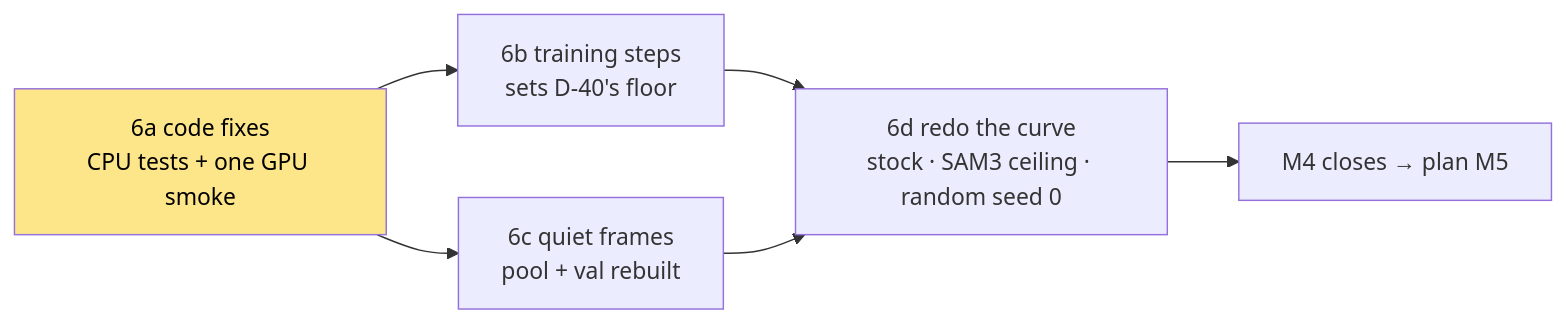
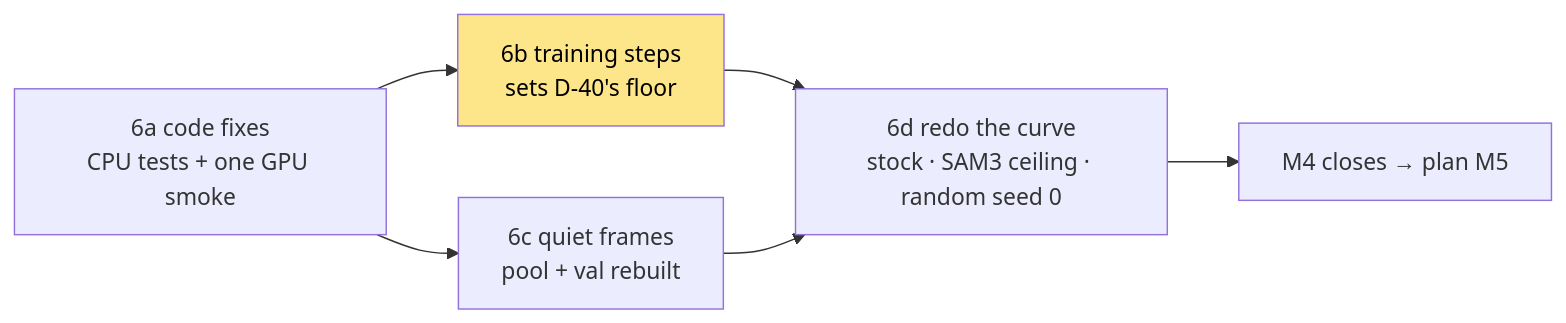
Before and after one commit to cupcakes04/Rin: the diagram in dev/notes/milestones/M4.md, drawn with Mermaid. The commit also changed other lines of this file and 15 other files, not shown here.

````diff
--- a/dev/notes/milestones/M4.md
+++ b/dev/notes/milestones/M4.md
@@ -7,9 +7,9 @@
 ```mermaid
 flowchart LR
     A["6a code fixes<br/>CPU tests + one GPU smoke"] --> B["6b training steps<br/>sets D-40's floor"]
     A --> C["6c quiet frames<br/>pool + val rebuilt"]
     B --> D["6d redo the curve<br/>stock · SAM3 ceiling · random seed 0"]
     C --> D
     D --> E["M4 closes → plan M5"]
-    style A fill:#fde68a,color:#000
+    style B fill:#fde68a,color:#000
 ```
````
